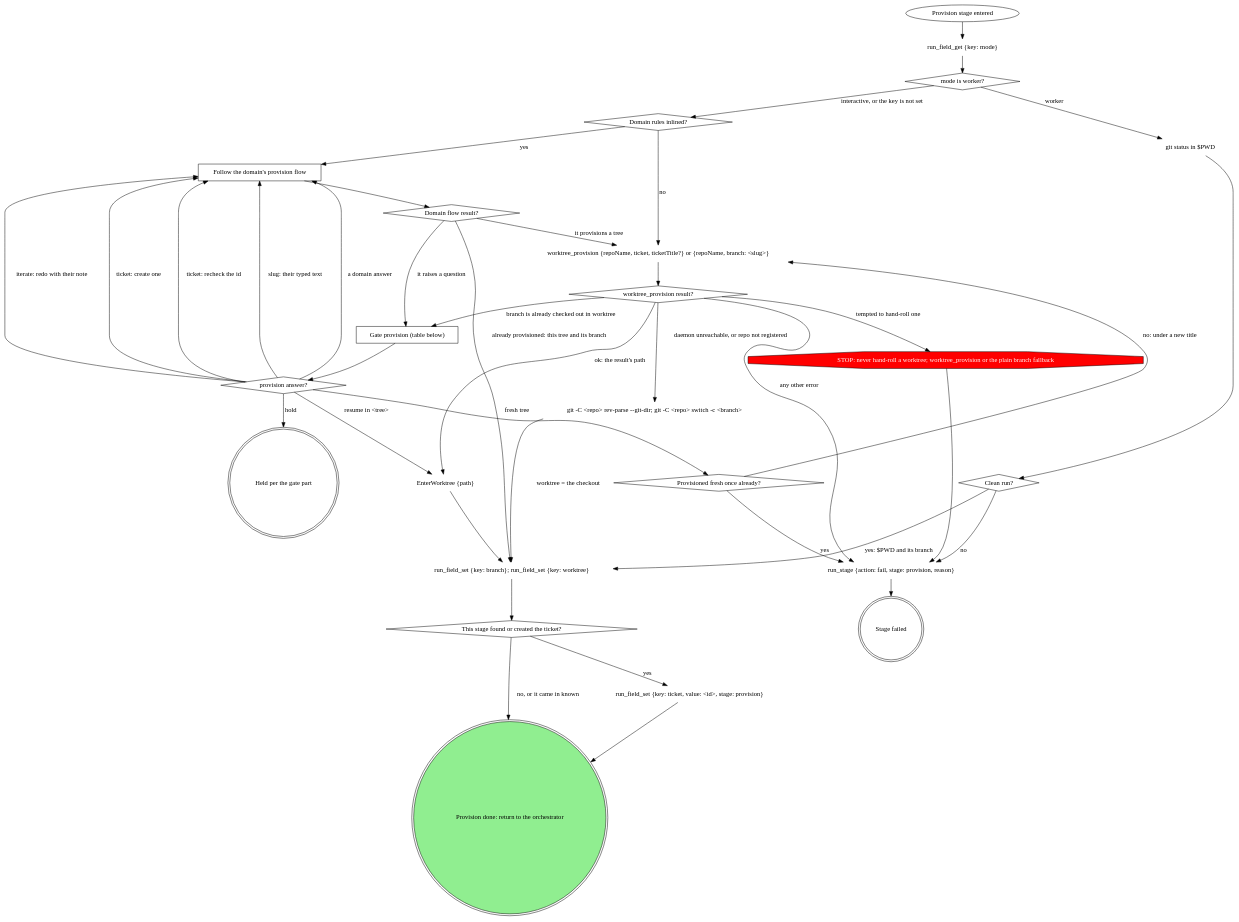
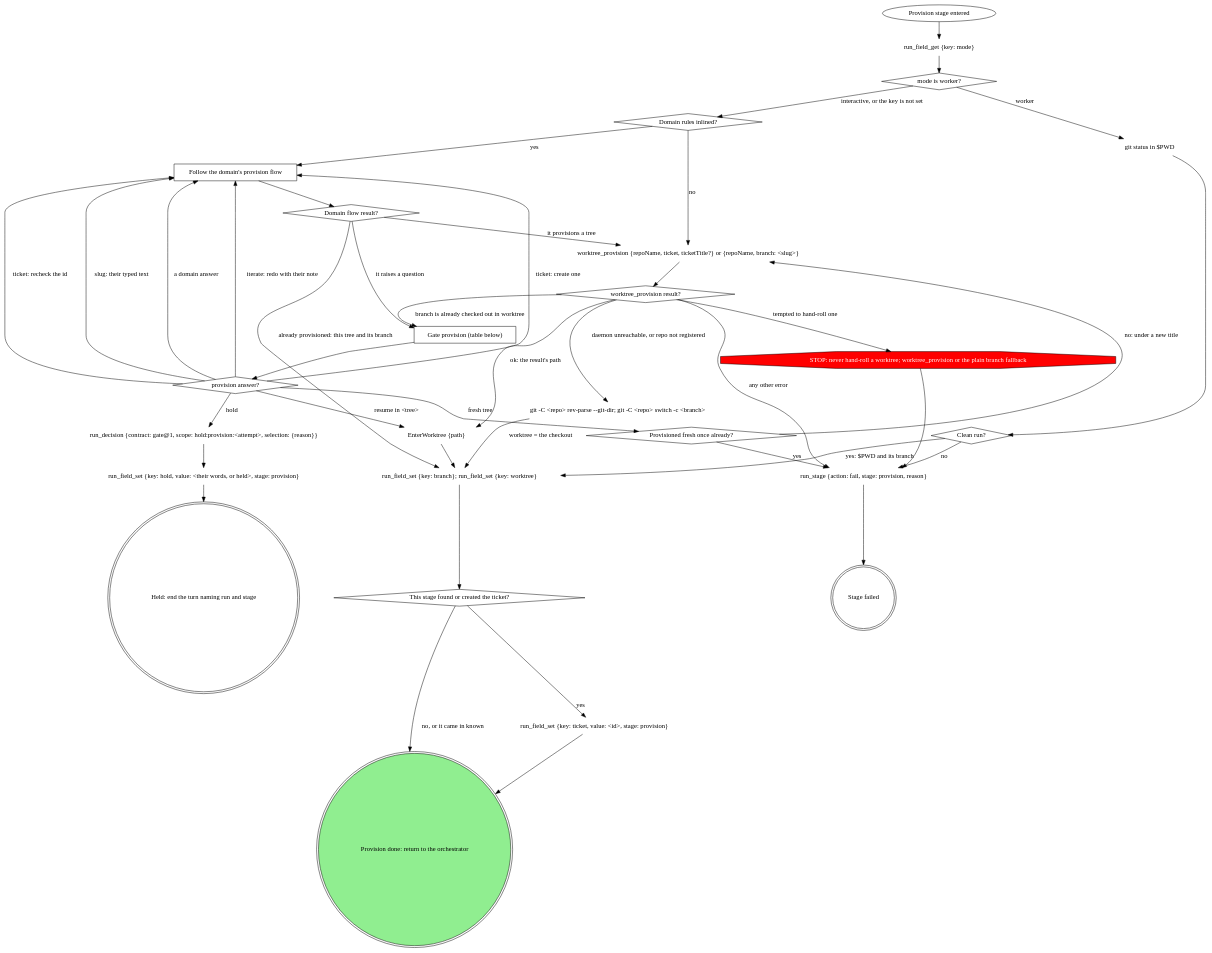
The diagram in attachments/pipeline/stage-provision/SKILL.md (m4ttstack/skills), drawn with Graphviz before and after one commit. The commit also changed 5 other files, not shown here.

````diff
--- a/attachments/pipeline/stage-provision/SKILL.md
+++ b/attachments/pipeline/stage-provision/SKILL.md
@@ -24,68 +24,72 @@
 ```dot
 digraph provision {
     rankdir=TB;
 
     "Provision stage entered" [shape=ellipse];
     "run_field_get {key: mode}" [shape=plaintext];
     "mode is worker?" [shape=diamond];
     "git status in $PWD" [shape=plaintext];
     "Clean run?" [shape=diamond];
     "Domain rules inlined?" [shape=diamond];
     "Follow the domain's provision flow" [shape=box];
     "Domain flow result?" [shape=diamond];
     "worktree_provision {repoName, ticket, ticketTitle?} or {repoName, branch: <slug>}" [shape=plaintext];
     "worktree_provision result?" [shape=diamond];
     "EnterWorktree {path}" [shape=plaintext];
     "Gate provision (table below)" [shape=box];
     "provision answer?" [shape=diamond];
     "Provisioned fresh once already?" [shape=diamond];
     "git -C <repo> rev-parse --git-dir; git -C <repo> switch -c <branch>" [shape=plaintext];
     "STOP: never hand-roll a worktree; worktree_provision or the plain branch fallback" [shape=octagon style=filled fillcolor=red fontcolor=white];
     "run_field_set {key: branch}; run_field_set {key: worktree}" [shape=plaintext];
     "This stage found or created the ticket?" [shape=diamond];
     "run_field_set {key: ticket, value: <id>, stage: provision}" [shape=plaintext];
     "run_stage {action: fail, stage: provision, reason}" [shape=plaintext];
-    "Held per the gate part" [shape=doublecircle];
+    "run_decision {contract: gate@1, scope: hold:provision:<attempt>, selection: {reason}}" [shape=plaintext];
+    "run_field_set {key: hold, value: <their words, or held>, stage: provision}" [shape=plaintext];
+    "Held: end the turn naming run and stage" [shape=doublecircle];
     "Stage failed" [shape=doublecircle];
     "Provision done: return to the orchestrator" [shape=doublecircle style=filled fillcolor=lightgreen];
 
     "Provision stage entered" -> "run_field_get {key: mode}";
     "run_field_get {key: mode}" -> "mode is worker?";
     "mode is worker?" -> "git status in $PWD" [label="worker"];
     "mode is worker?" -> "Domain rules inlined?" [label="interactive, or the key is not set"];
     "git status in $PWD" -> "Clean run?";
     "Clean run?" -> "run_field_set {key: branch}; run_field_set {key: worktree}" [label="yes: $PWD and its branch"];
     "Clean run?" -> "run_stage {action: fail, stage: provision, reason}" [label="no"];
     "Domain rules inlined?" -> "Follow the domain's provision flow" [label="yes"];
     "Domain rules inlined?" -> "worktree_provision {repoName, ticket, ticketTitle?} or {repoName, branch: <slug>}" [label="no"];
     "Follow the domain's provision flow" -> "Domain flow result?";
     "Domain flow result?" -> "worktree_provision {repoName, ticket, ticketTitle?} or {repoName, branch: <slug>}" [label="it provisions a tree"];
     "Domain flow result?" -> "Gate provision (table below)" [label="it raises a question"];
     "Domain flow result?" -> "run_field_set {key: branch}; run_field_set {key: worktree}" [label="already provisioned: this tree and its branch"];
     "worktree_provision {repoName, ticket, ticketTitle?} or {repoName, branch: <slug>}" -> "worktree_provision result?";
     "worktree_provision result?" -> "EnterWorktree {path}" [label="ok: the result's path"];
     "worktree_provision result?" -> "Gate provision (table below)" [label="branch is already checked out in worktree"];
     "worktree_provision result?" -> "git -C <repo> rev-parse --git-dir; git -C <repo> switch -c <branch>" [label="daemon unreachable, or repo not registered"];
     "worktree_provision result?" -> "run_stage {action: fail, stage: provision, reason}" [label="any other error"];
     "worktree_provision result?" -> "STOP: never hand-roll a worktree; worktree_provision or the plain branch fallback" [label="tempted to hand-roll one"];
     "STOP: never hand-roll a worktree; worktree_provision or the plain branch fallback" -> "run_stage {action: fail, stage: provision, reason}";
     "git -C <repo> rev-parse --git-dir; git -C <repo> switch -c <branch>" -> "run_field_set {key: branch}; run_field_set {key: worktree}" [label="worktree = the checkout"];
     "EnterWorktree {path}" -> "run_field_set {key: branch}; run_field_set {key: worktree}";
     "Gate provision (table below)" -> "provision answer?";
     "provision answer?" -> "EnterWorktree {path}" [label="resume in <tree>"];
     "provision answer?" -> "Provisioned fresh once already?" [label="fresh tree"];
     "provision answer?" -> "Follow the domain's provision flow" [label="ticket: create one"];
     "provision answer?" -> "Follow the domain's provision flow" [label="ticket: recheck the id"];
     "provision answer?" -> "Follow the domain's provision flow" [label="slug: their typed text"];
     "provision answer?" -> "Follow the domain's provision flow" [label="a domain answer"];
     "provision answer?" -> "Follow the domain's provision flow" [label="iterate: redo with their note"];
-    "provision answer?" -> "Held per the gate part" [label="hold"];
+    "provision answer?" -> "run_decision {contract: gate@1, scope: hold:provision:<attempt>, selection: {reason}}" [label="hold"];
+    "run_decision {contract: gate@1, scope: hold:provision:<attempt>, selection: {reason}}" -> "run_field_set {key: hold, value: <their words, or held>, stage: provision}";
+    "run_field_set {key: hold, value: <their words, or held>, stage: provision}" -> "Held: end the turn naming run and stage";
     "Provisioned fresh once already?" -> "worktree_provision {repoName, ticket, ticketTitle?} or {repoName, branch: <slug>}" [label="no: under a new title"];
     "Provisioned fresh once already?" -> "run_stage {action: fail, stage: provision, reason}" [label="yes"];
     "run_field_set {key: branch}; run_field_set {key: worktree}" -> "This stage found or created the ticket?";
     "This stage found or created the ticket?" -> "run_field_set {key: ticket, value: <id>, stage: provision}" [label="yes"];
     "This stage found or created the ticket?" -> "Provision done: return to the orchestrator" [label="no, or it came in known"];
     "run_field_set {key: ticket, value: <id>, stage: provision}" -> "Provision done: return to the orchestrator";
     "run_stage {action: fail, stage: provision, reason}" -> "Stage failed";
 }
 ```
````
